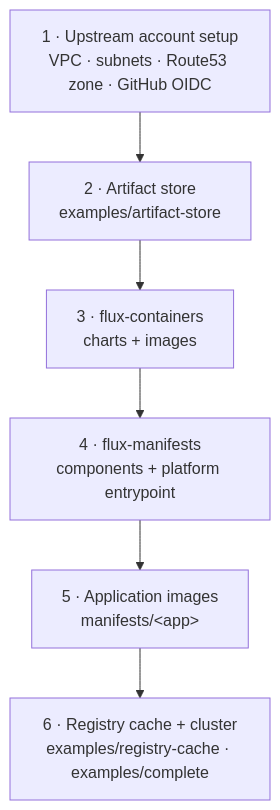
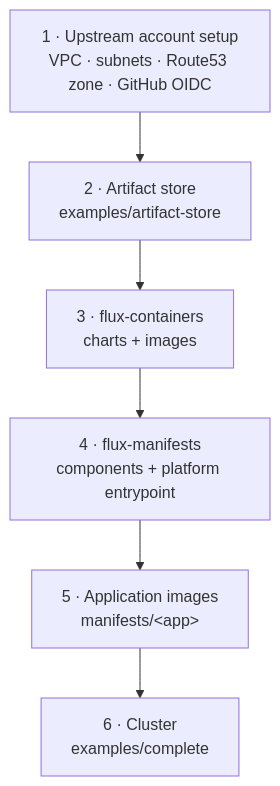
The diagram in docs/getting-started/bootstrap.md (bitwise-media-group/terraform-aws-eks-flux), drawn with Mermaid before and after one commit. The commit also changed other lines of this file and 48 other files, not shown here.

````diff
--- a/docs/getting-started/bootstrap.md
+++ b/docs/getting-started/bootstrap.md
@@ -6,10 +6,10 @@
 ```mermaid
 flowchart TB
     s1["1 · Upstream account setup<br/>VPC · subnets · Route53 zone · GitHub OIDC"]
     s2["2 · Artifact store<br/>examples/artifact-store"]
     s3["3 · flux-containers<br/>charts + images"]
     s4["4 · flux-manifests<br/>components + platform entrypoint"]
     s5["5 · Application images<br/>manifests/&lt;app&gt;"]
-    s6["6 · Registry cache + cluster<br/>examples/registry-cache · examples/complete"]
+    s6["6 · Cluster<br/>examples/complete"]
     s1 --> s2 --> s3 --> s4 --> s5 --> s6
 ```
````
